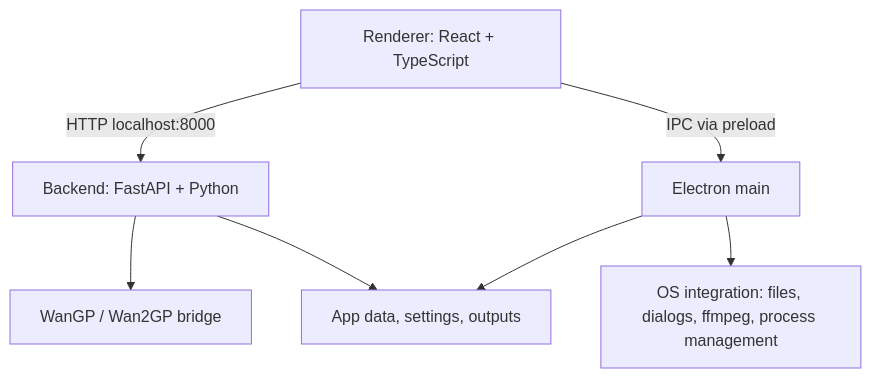
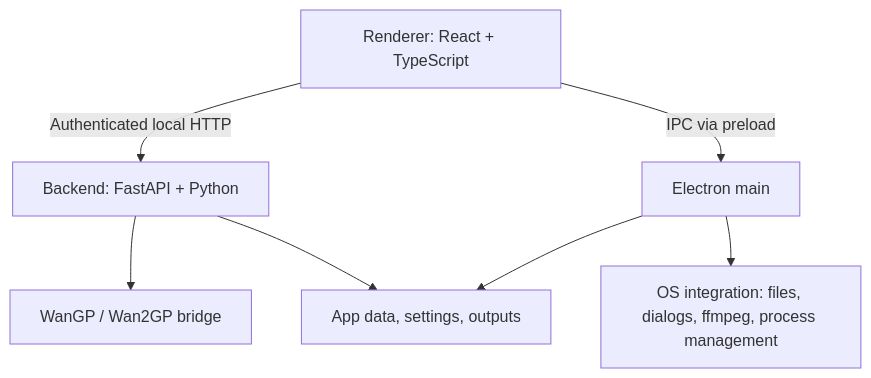
The diagram in README.md (GOvEy1nw/aivs), drawn with Mermaid before and after one commit. The commit also changed other lines of this file and 118 other files, not shown here.

````diff
--- a/README.md
+++ b/README.md
@@ -212,9 +212,9 @@
 ```mermaid
 graph TD
-  UI["Renderer: React + TypeScript"] -->|HTTP localhost:8000| BE["Backend: FastAPI + Python"]
+  UI["Renderer: React + TypeScript"] -->|Authenticated local HTTP| BE["Backend: FastAPI + Python"]
   UI -->|IPC via preload| EL["Electron main"]
   EL --> OS["OS integration: files, dialogs, ffmpeg, process management"]
   BE --> WGP["WanGP / Wan2GP bridge"]
   BE --> DATA["App data, settings, outputs"]
   EL --> DATA
 ```
````
